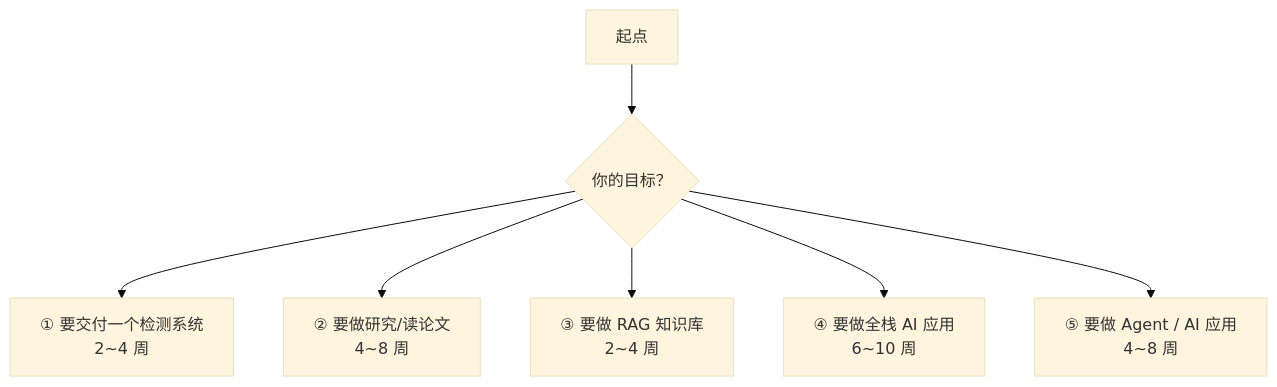
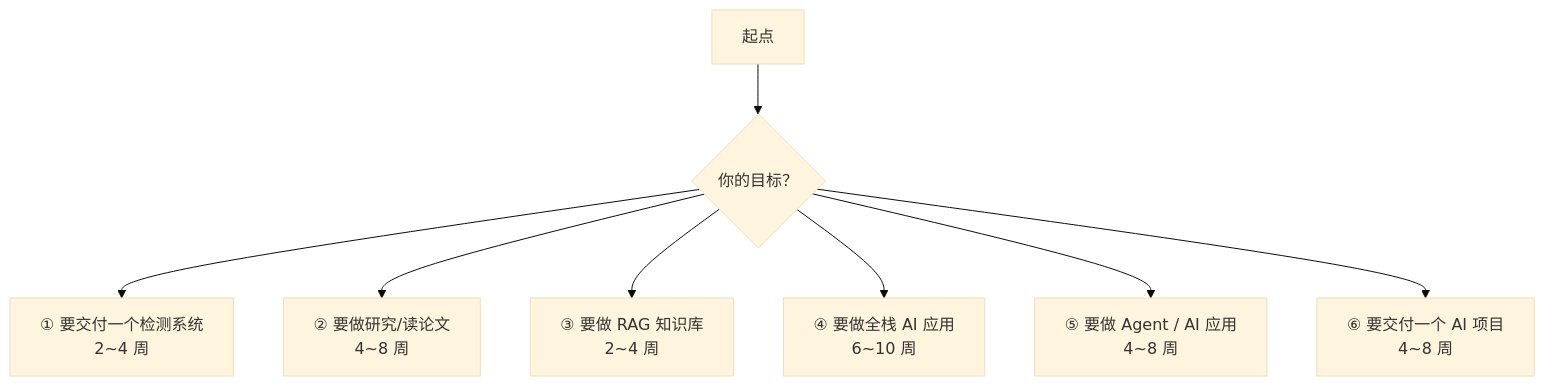
Before and after one commit to Michael522020/ai-study-notes: the diagram in appendix/学习路线图.md, drawn with Mermaid (base theme). The commit also changed other lines of this file and 9 other files, not shown here.

````diff
--- a/appendix/学习路线图.md
+++ b/appendix/学习路线图.md
@@ -9,9 +9,10 @@
 ```mermaid
 graph TD
     A["起点"] --> B{"你的目标？"}
     B --> C["① 要交付一个检测系统<br/>2~4 周"]
     B --> D["② 要做研究/读论文<br/>4~8 周"]
     B --> E["③ 要做 RAG 知识库<br/>2~4 周"]
     B --> F["④ 要做全栈 AI 应用<br/>6~10 周"]
     B --> G["⑤ 要做 Agent / AI 应用<br/>4~8 周"]
+    B --> H["⑥ 要交付一个 AI 项目<br/>4~8 周"]
 ```
````
